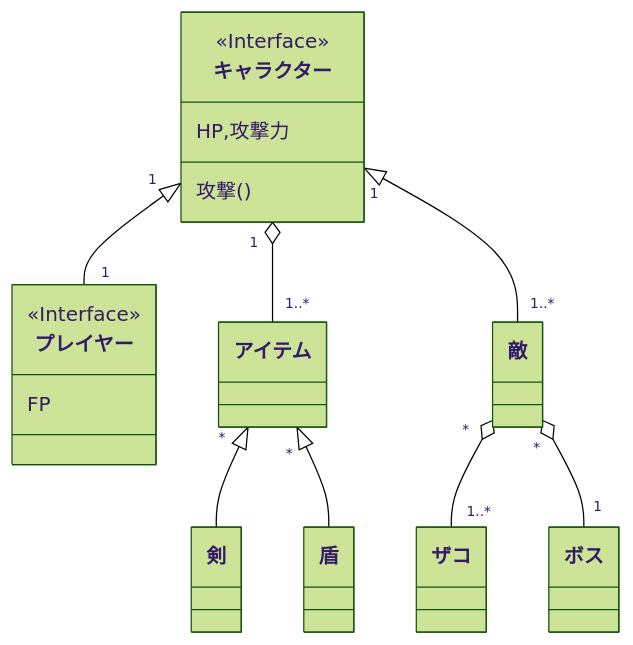
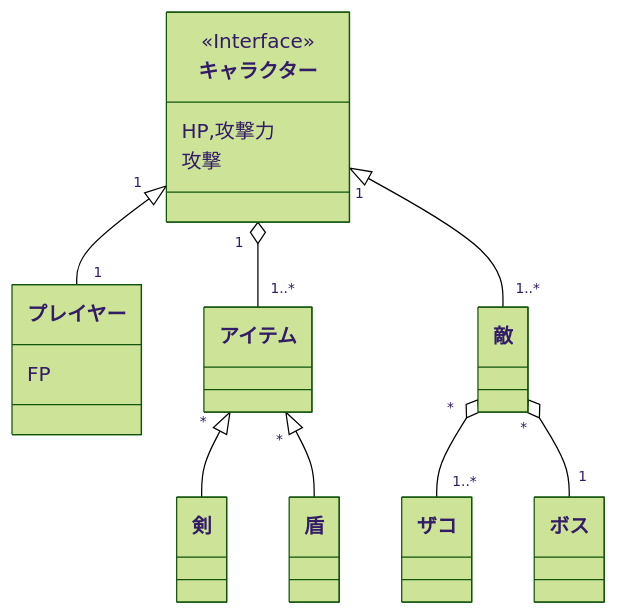
Before and after one commit to tpu-game-2023/mermaid_test: the third of 3 diagrams in README.md, drawn with Mermaid (forest theme).

````diff
--- a/README.md
+++ b/README.md
@@ -69,18 +69,18 @@
 ```mermaid
 classDiagram
 direction TD
 class キャラクター
    <<Interface>> キャラクター
     キャラクター: HP,攻撃力
-    キャラクター: 攻撃()  
+    キャラクター:  攻撃 
     class プレイヤー
-   <<Interface>> プレイヤー
+
     プレイヤー : FP
     キャラクター "1" o-- "1..*" アイテム
     アイテム "*" <|-- 剣
     アイテム "*" <|-- 盾
     キャラクター "1" <|-- "1" プレイヤー
     キャラクター "1" <|-- "1..*" 敵
     敵 "*" o-- "1..*" ザコ
     敵 "*" o-- "1" ボス
 ```
````
